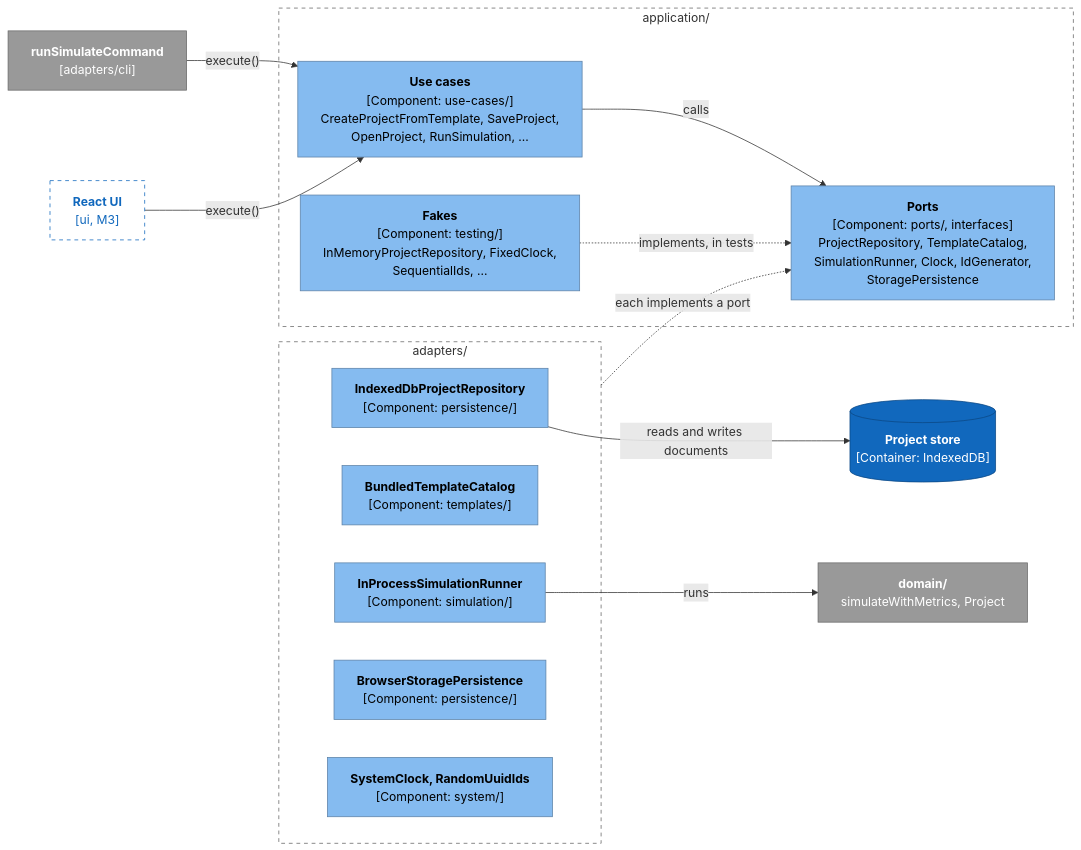
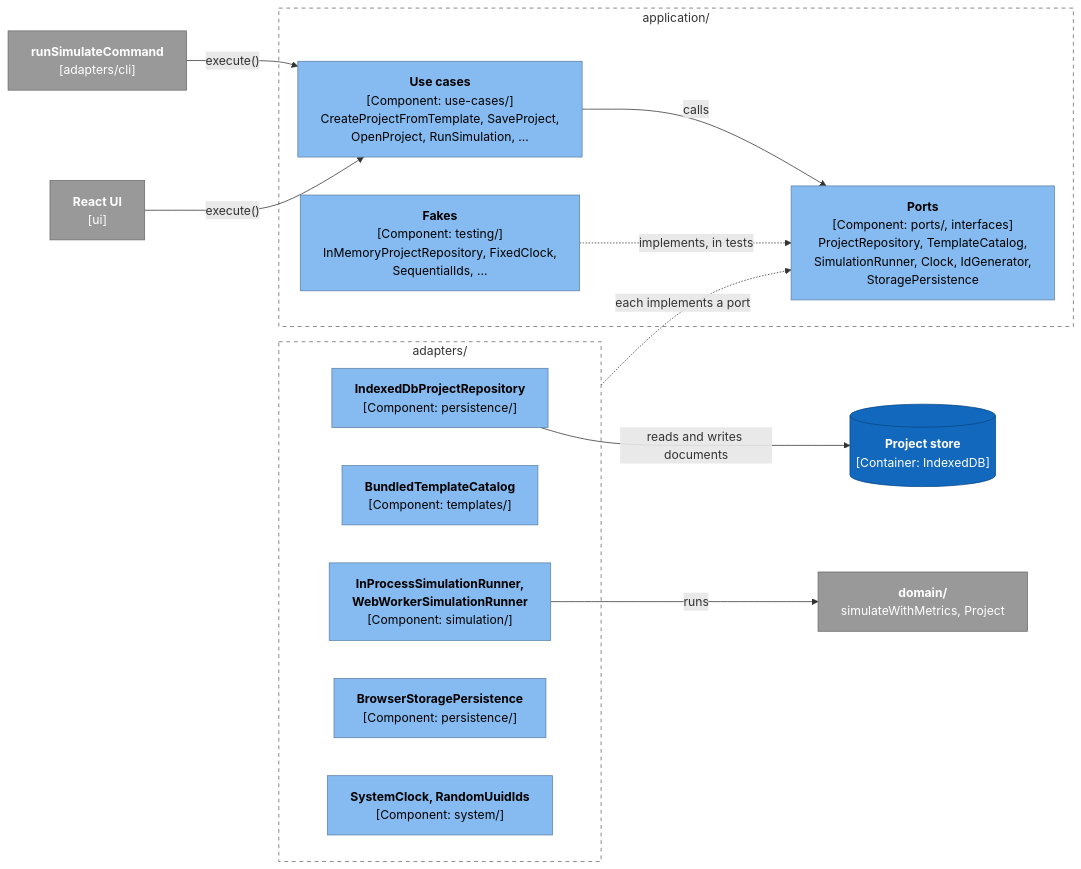
One commit to alanbickel/wind-tunnel changed the first of 2 diagrams in docs/architecture/application-layer.md. Above: the diagram before and after it, drawn with Mermaid. The commit also changed other lines of this file and 24 other files, not shown here.

Commit message:
feat(adapters): add a Web Worker simulation runner with cancellation (#18)

````diff
--- a/docs/architecture/application-layer.md
+++ b/docs/architecture/application-layer.md
@@ -13,33 +13,33 @@
 ```mermaid
 %%{init: {"flowchart": {"wrappingWidth": 320}}}%%
 flowchart LR
     cli["<b>runSimulateCommand</b><br/>[adapters/cli]"]:::external
-    ui["<b>React UI</b><br/>[ui, M3]"]:::planned
+    ui["<b>React UI</b><br/>[ui]"]:::external
     subgraph app["application/"]
         uc["<b>Use cases</b><br/>[Component: use-cases/]<br/>CreateProjectFromTemplate, SaveProject,<br/>OpenProject, RunSimulation, ..."]:::component
         ports["<b>Ports</b><br/>[Component: ports/, interfaces]<br/>ProjectRepository, TemplateCatalog,<br/>SimulationRunner, Clock, IdGenerator,<br/>StoragePersistence"]:::component
         fakes["<b>Fakes</b><br/>[Component: testing/]<br/>InMemoryProjectRepository, FixedClock,<br/>SequentialIds, ..."]:::component
     end
     subgraph ad["adapters/"]
         repo["<b>IndexedDbProjectRepository</b><br/>[Component: persistence/]"]:::component
         cat["<b>BundledTemplateCatalog</b><br/>[Component: templates/]"]:::component
-        run["<b>InProcessSimulationRunner</b><br/>[Component: simulation/]"]:::component
+        run["<b>InProcessSimulationRunner,<br/>WebWorkerSimulationRunner</b><br/>[Component: simulation/]"]:::component
         sp["<b>BrowserStoragePersistence</b><br/>[Component: persistence/]"]:::component
         sys["<b>SystemClock, RandomUuidIds</b><br/>[Component: system/]"]:::component
     end
     db[("<b>Project store</b><br/>[Container: IndexedDB]")]:::system
     dom["<b>domain/</b><br/>simulateWithMetrics, Project"]:::external
     cli & ui -->|"execute()"| uc
     uc -->|"calls"| ports
     fakes -.->|"implements, in tests"| ports
     ad -.->|"each implements a port"| ports
     repo -->|"reads and writes documents"| db
     run -->|"runs"| dom
     style app fill:none,stroke:#666,stroke-dasharray:5 5
     style ad fill:none,stroke:#666,stroke-dasharray:5 5
     classDef person fill:#08427b,stroke:#052e56,color:#fff
     classDef system fill:#1168bd,stroke:#0b4884,color:#fff
     classDef component fill:#85bbf0,stroke:#5d82a8,color:#000
     classDef external fill:#999,stroke:#6b6b6b,color:#fff
     classDef planned fill:#fff,stroke:#1168bd,color:#1168bd,stroke-dasharray:5 5
 ```
````
